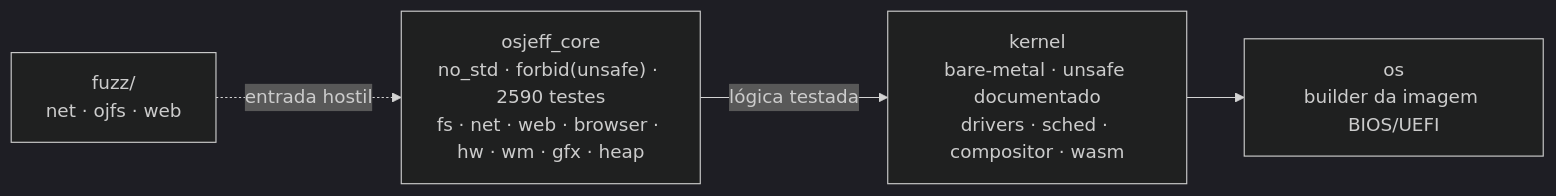
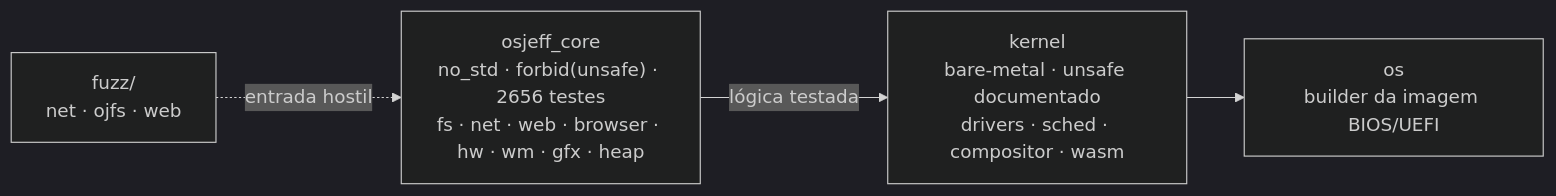
Before and after one commit to Jeffinp/OSjeff: the diagram in README.md, drawn with Mermaid (dark theme). The commit also changed other lines of this file and 3 other files, not shown here.

````diff
--- a/README.md
+++ b/README.md
@@ -98,9 +98,9 @@
 ```mermaid
 flowchart LR
-    CORE["osjeff_core<br/>no_std · forbid(unsafe) · 2590 testes<br/>fs · net · web · browser · hw · wm · gfx · heap"]
+    CORE["osjeff_core<br/>no_std · forbid(unsafe) · 2656 testes<br/>fs · net · web · browser · hw · wm · gfx · heap"]
     KERNEL["kernel<br/>bare-metal · unsafe documentado<br/>drivers · sched · compositor · wasm"]
     OS["os<br/>builder da imagem BIOS/UEFI"]
     FUZZ["fuzz/<br/>net · ojfs · web"]
     CORE -->|lógica testada| KERNEL --> OS
     FUZZ -.->|entrada hostil| CORE
 ```
````
